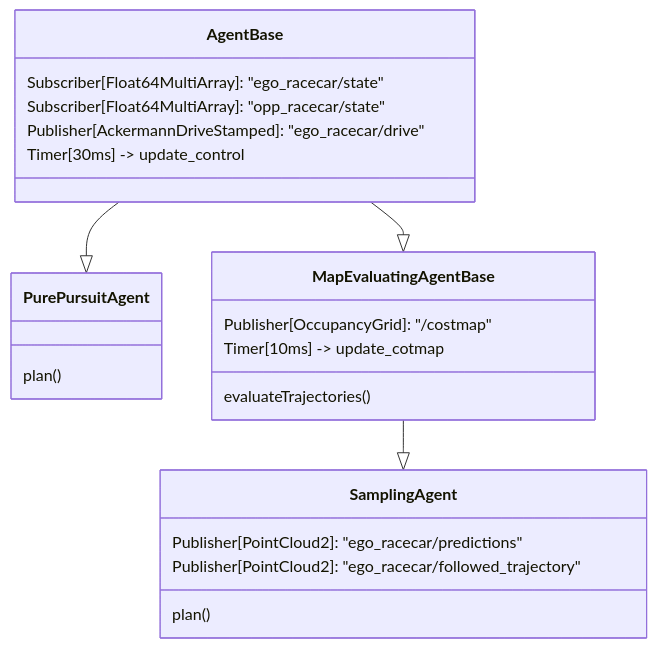
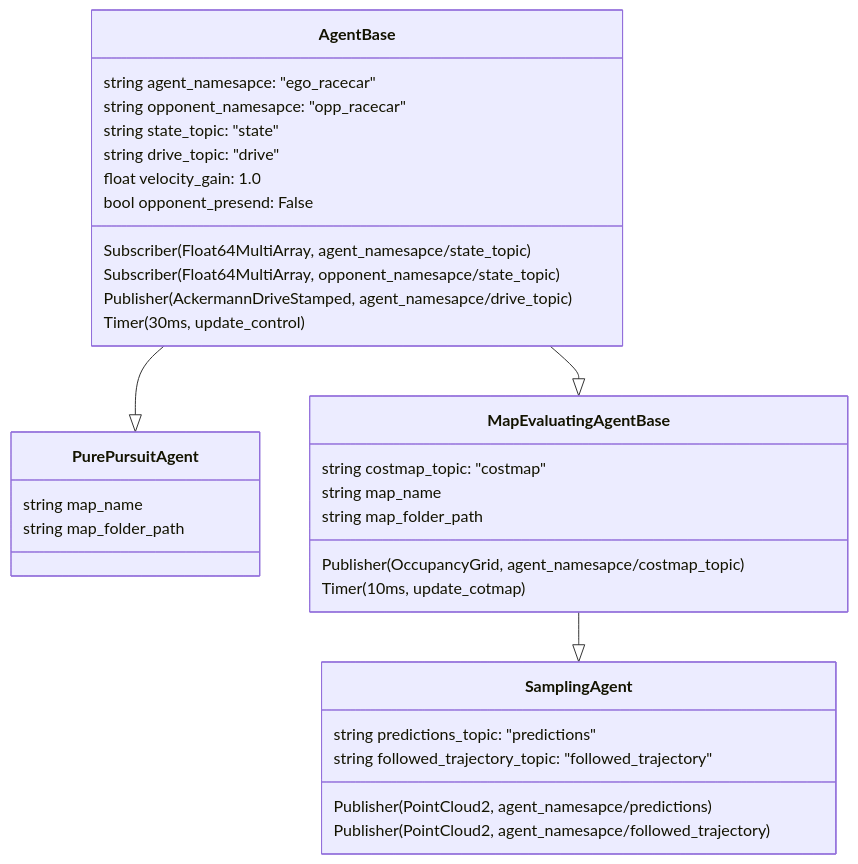
The diagram in readme.md (PetyM/f1tenth_workspace), drawn with Mermaid before and after one commit. The commit also changed other lines of this file and 1 other file, not shown here.

Commit message:
better topics parameters descriptions

````diff
--- a/readme.md
+++ b/readme.md
@@ -5,33 +5,44 @@
 ```mermaid
 classDiagram
     AgentBase --|> PurePursuitAgent
     AgentBase --|> MapEvaluatingAgentBase
     MapEvaluatingAgentBase --|> SamplingAgent
     
     class AgentBase {
-        Subscriber[Float64MultiArray]: "ego_racecar/state"
-        Subscriber[Float64MultiArray]: "opp_racecar/state"
-        
-        Publisher[AckermannDriveStamped]: "ego_racecar/drive"
+        string agent_namesapce: "ego_racecar"
+        string opponent_namesapce: "opp_racecar"
+        string state_topic: "state"
+        string drive_topic: "drive"
+        float velocity_gain: 1.0
+        bool opponent_presend: False
 
-        Timer[30ms] -> update_control
+        Subscriber(Float64MultiArray, agent_namesapce/state_topic)
+        Subscriber(Float64MultiArray, opponent_namesapce/state_topic)
+        Publisher(AckermannDriveStamped, agent_namesapce/drive_topic)
+        Timer(30ms, update_control)
     }
 
     class MapEvaluatingAgentBase {
-        Publisher[OccupancyGrid]: "/costmap"
-        Timer[10ms] -> update_cotmap
+        string costmap_topic: "costmap"
+        string map_name
+        string map_folder_path
 
-        evaluateTrajectories()
+        Publisher(OccupancyGrid, agent_namesapce/costmap_topic)
+        Timer(10ms, update_cotmap)
+
     }
 
     class SamplingAgent {
-        Publisher[PointCloud2]: "ego_racecar/predictions"
-        Publisher[PointCloud2]: "ego_racecar/followed_trajectory"
+        string predictions_topic: "predictions"
+        string followed_trajectory_topic: "followed_trajectory"
 
-        plan()
+        Publisher(PointCloud2, agent_namesapce/predictions)
+        Publisher(PointCloud2, agent_namesapce/followed_trajectory)
+
     }
 
     class PurePursuitAgent {
-        plan()
+        string map_name
+        string map_folder_path
     }
 ```
````
